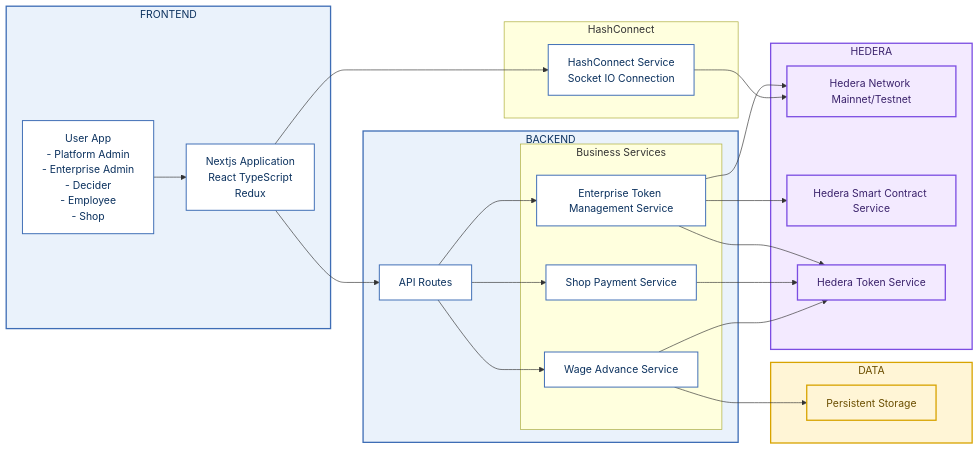
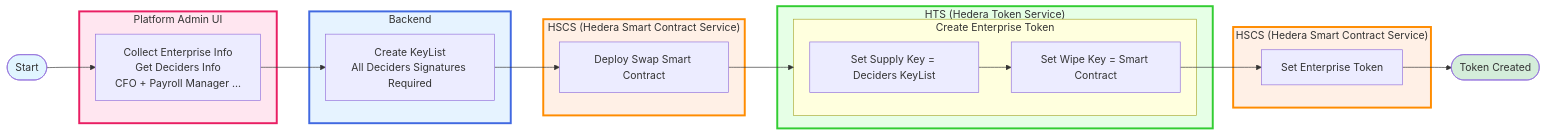
The first of 4 diagrams in README.md (abdop/TARWIJ_EWA_V6), drawn with Mermaid before and after one commit. The commit also changed other lines of this file, not shown here.

````diff
--- a/README.md
+++ b/README.md
@@ -274,69 +275,50 @@
 ```mermaid
-flowchart LR
-    %% STYLES
-    classDef zone fill:#eaf2fb,stroke:#3e6db5,stroke-width:2px,color:#0b315e;
-    classDef service fill:#ffffff,stroke:#3e6db5,stroke-width:1.5px,color:#0b315e;
-    classDef external fill:#f3eaff,stroke:#7b4de2,stroke-width:2px,color:#3a226b;
-    classDef data fill:#fff5d6,stroke:#d8a300,stroke-width:2px,color:#6b4e00;
+graph LR
+    T1([Start]) --> T2[Collect Enterprise Info<br/>Get Deciders Info<br/>CFO + Payroll Manager ...]
+    T2 --> T5[Create KeyList<br/>All Deciders Signatures Required]
+    T5 --> T6[Deploy Swap Smart Contract]
+    T6 --> T7[Create Enterprise Token]
+    T8 --> T9[Set Wipe Key = Smart Contract]
+    T9 --> T10[Set Enterprise Token]
+    T10 --> T11([Token Created])
 
-    %% FRONTEND
-    subgraph FE[FRONTEND]
-        FEAPP[Nextjs Application <br>React TypeScript <br>Redux]:::service
-        FEDASH[User App<br>- Platform Admin<br>- Enterprise Admin<br>- Decider<br>- Employee<br>- Shop]:::service
-    end
-    class FE zone
-
-    %% HASHCONNECT BRIDGE
-    subgraph HC[HashConnect]
-        HCSVC[HashConnect Service<br>Socket IO Connection]:::service
+    subgraph PlatformUI[" Platform Admin UI "]
+        T2
     end
 
-    %% BACKEND
-    subgraph BE[BACKEND]
-        BEAPI[API Routes]:::service
-        subgraph BES[Business Services]
-            BETMS[Enterprise Token Management Service]:::service
-            BEWA[Wage Advance Service]:::service
-            BSP[Shop Payment Service]:::service
-        end
+    subgraph Backend[" Backend "]
+        T5
     end
-    class BE zone
 
-    %% DATA
-    subgraph DATAZONE[DATA]
-        DB[Persistent Storage]:::data
+    subgraph HSCS-1[" HSCS (Hedera Smart Contract Service) "]
+        T6
     end
-    class DATAZONE data
 
-    %% HEDERA SERVICES
-    subgraph HED[HEDERA]
-        HCL[Hedera Network Mainnet/Testnet]:::external
-        HSCS[Hedera Smart Contract Service]:::external
-        HTS[Hedera Token Service]:::external
+    subgraph HSCS-2[" HSCS (Hedera Smart Contract Service) "]
+        T10
     end
-    class HED external
 
-    %% FLOWS
-    FEDASH --> FEAPP
+    subgraph T7[" Create Enterprise Token "]
+        T8[Set Supply Key = Deciders KeyList]
+        T9
+    end
 
-    FEAPP --> BEAPI
-    FEAPP --> HCSVC
-    HCSVC --> HCL
+    subgraph HTS[" HTS (Hedera Token Service) "]
+       T7
+    end
+classDef startNode fill:#e1f5ff
+classDef rejectNode fill:#f8d7da
+classDef successNode fill:#d4edda
+classDef employeeZone fill:#ffe6f0,stroke:#E91E63,stroke-width:3px
+classDef backendZone fill:#e6f3ff,stroke:#4169E1,stroke-width:3px
+classDef deciderZone fill:#fff0e6,stroke:#FF8C00,stroke-width:3px
+classDef hederaZone fill:#e6ffe6,stroke:#32CD32,stroke-width:3px
 
-    BEAPI --> BETMS
-    BEAPI --> BEWA
-    BEAPI --> BSP
-
-
-    BEWA --> DB
-    BEWA --> HTS
-
-    BSP --> HTS
-
-
-    BETMS --> HCL
-    BETMS --> HTS
-    BETMS --> HSCS
-
+class T1 startNode
+class T11 successNode
+class PlatformUI employeeZone
+class Backend backendZone
+class HSCS-1,HSCS-2 deciderZone
+class HTS hederaZone
 
 ```
````
